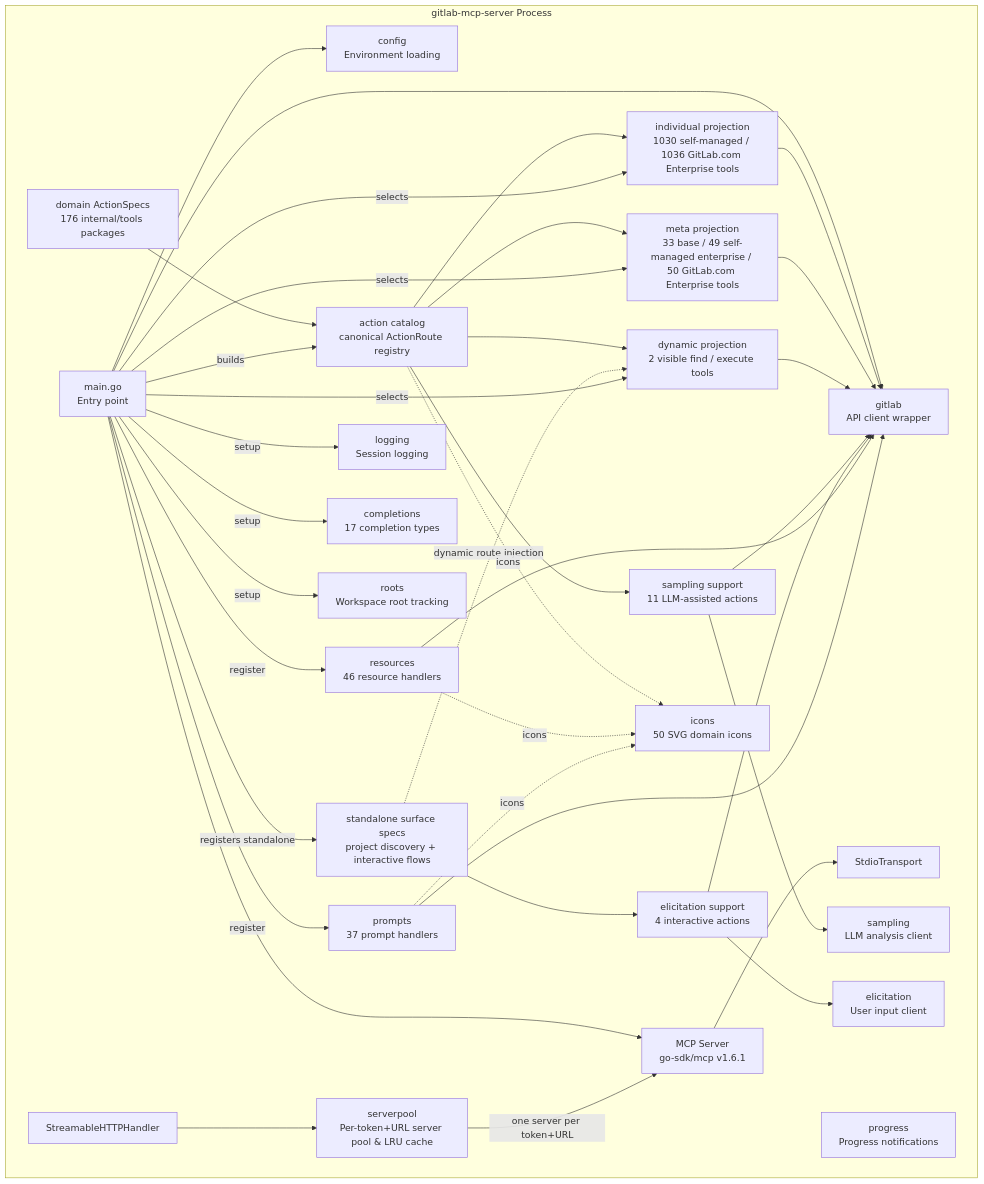
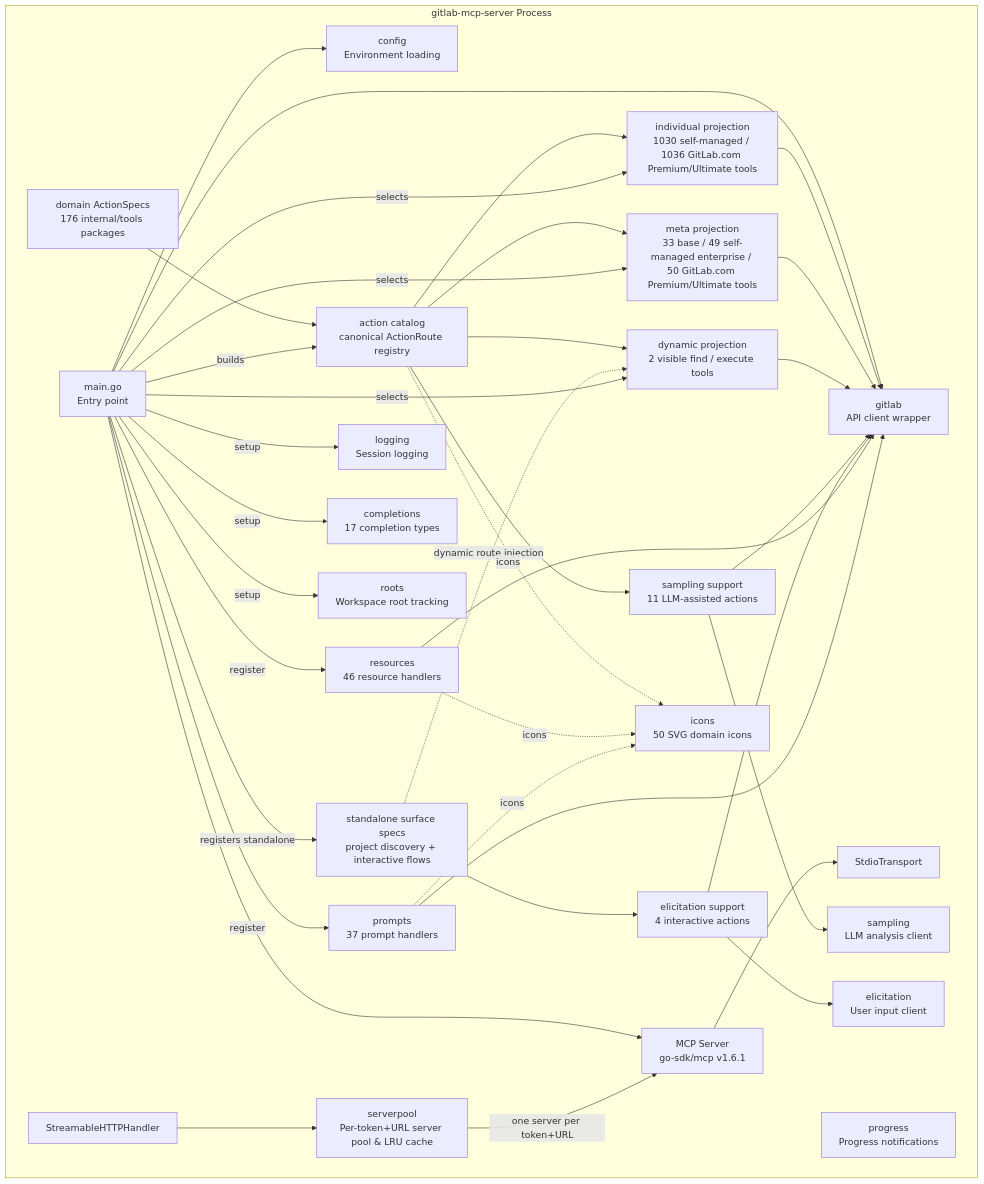
Before and after one commit to jmrplens/gitlab-mcp-server: the third of 12 diagrams in docs/architecture.md, drawn with Mermaid. The commit also changed other lines of this file and 48 other files, not shown here.

````diff
--- a/docs/architecture.md
+++ b/docs/architecture.md
@@ -64,65 +64,65 @@
 ```mermaid
 graph TD
     subgraph "gitlab-mcp-server Process"
         MAIN[main.go<br/>Entry point]
         CFG[config<br/>Environment loading]
         GL[gitlab<br/>API client wrapper]
         SPECS[domain ActionSpecs<br/>176 internal/tools packages]
         CATALOG[action catalog<br/>canonical ActionRoute registry]
         STANDALONE[standalone surface specs<br/>project discovery + interactive flows]
-        IND[individual projection<br/>1030 self-managed / 1036 GitLab.com Enterprise tools]
-        META[meta projection<br/>33 base / 49 self-managed enterprise / 50 GitLab.com Enterprise tools]
+        IND[individual projection<br/>1030 self-managed / 1036 GitLab.com Premium/Ultimate tools]
+        META[meta projection<br/>33 base / 49 self-managed enterprise / 50 GitLab.com Premium/Ultimate tools]
         DYN[dynamic projection<br/>2 visible find / execute tools]
         SAMP[sampling support<br/>11 LLM-assisted actions]
         ELIC[elicitation support<br/>4 interactive actions]
         RES[resources<br/>46 resource handlers]
         PROMPTS[prompts<br/>37 prompt handlers]
         LOG[logging<br/>Session logging]
         COMP[completions<br/>17 completion types]
         ROOTS[roots<br/>Workspace root tracking]
         PROG[progress<br/>Progress notifications]
         SAMPLING[sampling<br/>LLM analysis client]
         ELICIT[elicitation<br/>User input client]
         ICN[icons<br/>50 SVG domain icons]
         SRV[MCP Server<br/>go-sdk/mcp v1.6.1]
         STDIO[StdioTransport]
         HTTP[StreamableHTTPHandler]
         POOL[serverpool<br/>Per-token+URL server pool & LRU cache]
     end
 
     MAIN --> CFG
     MAIN --> GL
     MAIN --> SRV
     SRV --> STDIO
     HTTP --> POOL
     POOL -->|one server per token+URL| SRV
     SPECS --> CATALOG
     CATALOG --> IND
     CATALOG --> META
     CATALOG --> DYN
     CATALOG --> SAMP
     STANDALONE --> ELIC
     STANDALONE -.->|dynamic route injection| DYN
     IND --> GL
     META --> GL
     DYN --> GL
     SAMP --> GL
     ELIC --> GL
     SAMP --> SAMPLING
     ELIC --> ELICIT
     RES --> GL
     PROMPTS --> GL
     MAIN -->|builds| CATALOG
     MAIN -->|selects| IND
     MAIN -->|selects| META
     MAIN -->|selects| DYN
     MAIN -->|registers standalone| STANDALONE
     MAIN -->|register| RES
     MAIN -->|register| PROMPTS
     CATALOG -.->|icons| ICN
     RES -.->|icons| ICN
     PROMPTS -.->|icons| ICN
     MAIN -->|setup| LOG
     MAIN -->|setup| COMP
     MAIN -->|setup| ROOTS
 ```
````
